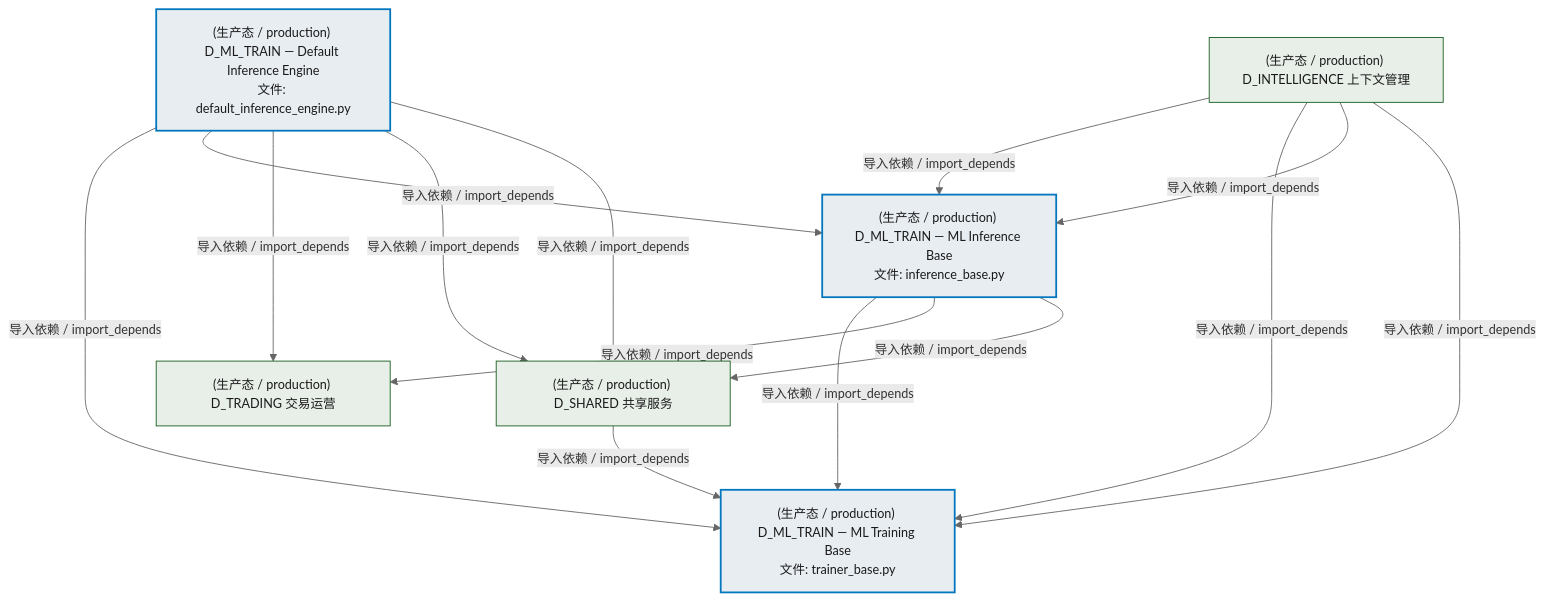
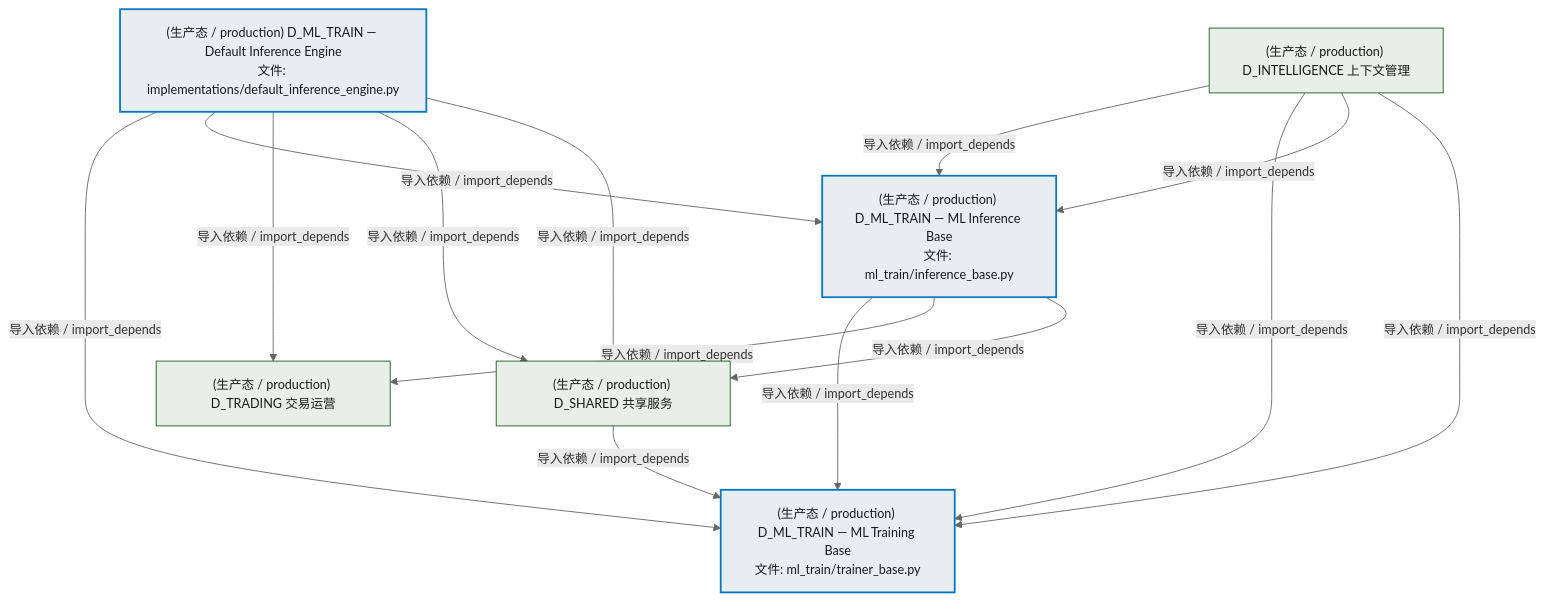
Before and after one commit to xuanFelixVan/ZephyrAlpha: the second of 4 diagrams in docs/02_enterprise_architecture/02_domain_architecture_docs/61_d_ml_train.md, drawn with Mermaid. The commit also changed other lines of this file and 63 other files, not shown here.

````diff
--- a/docs/02_enterprise_architecture/02_domain_architecture_docs/61_d_ml_train.md
+++ b/docs/02_enterprise_architecture/02_domain_architecture_docs/61_d_ml_train.md
@@ -101,29 +101,29 @@
 ```mermaid
 %%{init: {'theme': 'base', 'themeVariables': {'primaryColor': '#eaeaea', 'primaryTextColor': '#333333', 'primaryBorderColor': '#666666', 'lineColor': '#666666', 'secondaryColor': '#eaeaea', 'tertiaryColor': '#eaeaea', 'fontSize': '14px'}}}%%
 flowchart TD
-    src_zephyr_ml_train_implementations_default_inference_engine_py["(生产态 / production) D_ML_TRAIN — Default Inference Engine<br/>文件: default_inference_engine.py"]
-    src_zephyr_ml_train_inference_base_py["(生产态 / production) D_ML_TRAIN — ML Inference Base<br/>文件: inference_base.py"]
-    src_zephyr_ml_train_trainer_base_py["(生产态 / production) D_ML_TRAIN — ML Training Base<br/>文件: trainer_base.py"]
+    src_zephyr_ml_train_implementations_default_inference_engine_py["(生产态 / production) D_ML_TRAIN — Default Inference Engine<br/>文件: implementations/default_inference_engine.py"]
+    src_zephyr_ml_train_inference_base_py["(生产态 / production) D_ML_TRAIN — ML Inference Base<br/>文件: ml_train/inference_base.py"]
+    src_zephyr_ml_train_trainer_base_py["(生产态 / production) D_ML_TRAIN — ML Training Base<br/>文件: ml_train/trainer_base.py"]
     src_zephyr_ml_train_inference_base_py -->|导入依赖 / import_depends| src_zephyr_ml_train_trainer_base_py
     src_zephyr_ml_train_implementations_default_inference_engine_py -->|导入依赖 / import_depends| src_zephyr_ml_train_trainer_base_py
     src_zephyr_ml_train_implementations_default_inference_engine_py -->|导入依赖 / import_depends| src_zephyr_ml_train_inference_base_py
     D_TRADING["(生产态 / production) D_TRADING 交易运营"]
     src_zephyr_ml_train_inference_base_py -->|导入依赖 / import_depends| D_TRADING
     D_SHARED["(生产态 / production) D_SHARED 共享服务"]
     src_zephyr_ml_train_inference_base_py -->|导入依赖 / import_depends| D_SHARED
     src_zephyr_ml_train_implementations_default_inference_engine_py -->|导入依赖 / import_depends| D_TRADING
     src_zephyr_ml_train_implementations_default_inference_engine_py -->|导入依赖 / import_depends| D_SHARED
     src_zephyr_ml_train_implementations_default_inference_engine_py -->|导入依赖 / import_depends| D_SHARED
     D_INTELLIGENCE["(生产态 / production) D_INTELLIGENCE 上下文管理"]
     D_INTELLIGENCE -->|导入依赖 / import_depends| src_zephyr_ml_train_inference_base_py
     D_INTELLIGENCE -->|导入依赖 / import_depends| src_zephyr_ml_train_trainer_base_py
     D_SHARED -->|导入依赖 / import_depends| src_zephyr_ml_train_trainer_base_py
     D_INTELLIGENCE -->|导入依赖 / import_depends| src_zephyr_ml_train_inference_base_py
     D_INTELLIGENCE -->|导入依赖 / import_depends| src_zephyr_ml_train_trainer_base_py
     classDef production fill:#e8edf2,stroke:#0277bd,stroke-width:2px,color:#1a1a1a
     classDef design fill:#f0ebe3,stroke:#bf360c,stroke-width:2px,color:#1a1a1a,stroke-dasharray: 5 5
     classDef external_prod fill:#e8efe9,stroke:#1b5e20,stroke-width:1px,color:#1a1a1a
     classDef external_design fill:#efe5ea,stroke:#880e4f,stroke-width:1px,color:#1a1a1a,stroke-dasharray: 5 5
     class src_zephyr_ml_train_implementations_default_inference_engine_py,src_zephyr_ml_train_inference_base_py,src_zephyr_ml_train_trainer_base_py production
     class D_TRADING,D_SHARED,D_INTELLIGENCE external_prod
 ```
````
